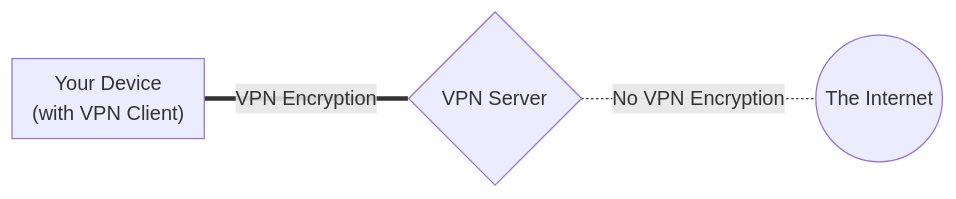
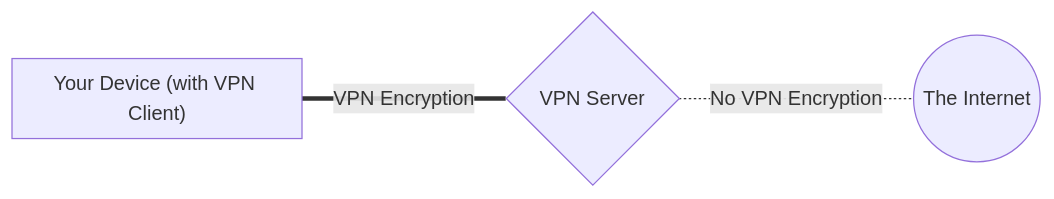
One commit to privacyguides/privacyguides.org changed the diagram in docs/basics/vpn-overview.md. Above: the diagram before and after it, drawn with Mermaid.

Commit message:
remove div

````diff
--- a/docs/basics/vpn-overview.md
+++ b/docs/basics/vpn-overview.md
@@ -25,7 +25,7 @@
 ``` mermaid
 flowchart LR
  763931["Your Device (with VPN Client)"] ===|"VPN Encryption"| 404512{"VPN Server"}
  404512 -.-|"No VPN Encryption"| 593753(("The Internet"))
- subgraph 763931["Your Device<div>(with VPN Client)</div>"]
+ subgraph 763931["Your Device (with VPN Client)"]
  end
 ```
````
